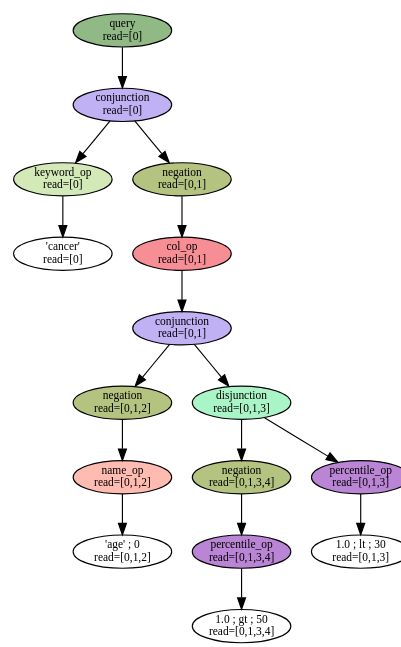
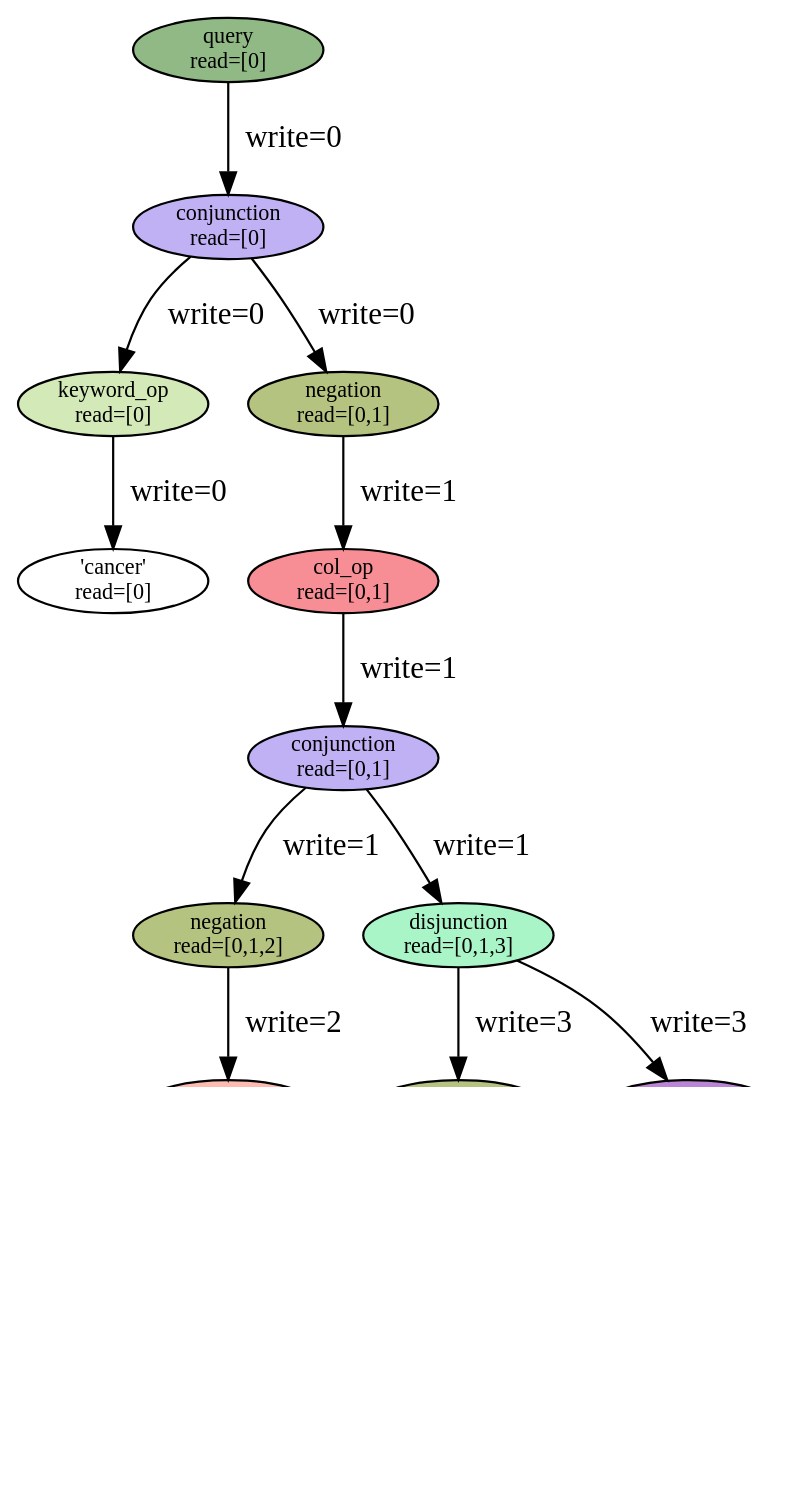
Before and after one commit to leonardgeissler/fainder-demo: the diagram in analysis/visualize_trees/edited_trees/parse_tree_query_justifying_column_node_rule_with_leaves.dot, drawn with Graphviz. The commit also changed 2 other files, not shown here.

```diff
--- a/analysis/visualize_trees/edited_trees/parse_tree_query_justifying_column_node_rule_with_leaves.dot
+++ b/analysis/visualize_trees/edited_trees/parse_tree_query_justifying_column_node_rule_with_leaves.dot
@@ -1,37 +1,36 @@
 digraph G {
 rankdir=TB;
 dpi=100;
-size="8,4";
 node [shape=oval, width=1.2, height=0.4, fixedsize=true, fontsize=10];
 0 [label="'cancer' \nread=[0]", shape=oval, width=1.2, height=0.4, fixedsize=true, fontsize=10];
 1 [style=filled, fillcolor="#d3e9b7", label="keyword_op\nread=[0]", shape=oval, width=1.2, height=0.4, fixedsize=true, fontsize=10];
-1 -> 0;
+1 -> 0 [label="write=0"];
 2 [label="'age' ; 0 \n read=[0,1,2]", shape=oval, width=1.2, height=0.4, fixedsize=true, fontsize=10];
 3 [style=filled, fillcolor="#febbb1", label="name_op\nread=[0,1,2]", shape=oval, width=1.2, height=0.4, fixedsize=true, fontsize=10];
-3 -> 2;
+3 -> 2 [label="write=2"];
 4 [style=filled, fillcolor="#b5c381", label="negation\nread=[0,1,2]", shape=oval, width=1.2, height=0.4, fixedsize=true, fontsize=10];
-4 -> 3;
+4 -> 3 [label="write=2"];
 5 [label="1.0 ; gt ; 50 \nread=[0,1,3,4]", shape=oval, width=1.2, height=0.4, fixedsize=true, fontsize=10];
 6 [style=filled, fillcolor="#bb85d5", label="percentile_op\nread=[0,1,3,4]", shape=oval, width=1.2, height=0.4, fixedsize=true, fontsize=10];
-6 -> 5;
+6 -> 5 [label="write=4"];
 7 [style=filled, fillcolor="#b5c381", label="negation\nread=[0,1,3,4]", shape=oval, width=1.2, height=0.4, fixedsize=true, fontsize=10];
-7 -> 6;
+7 -> 6 [label="write=4"];
 8 [label="1.0 ; lt ; 30 \nread=[0,1,3]", shape=oval, width=1.2, height=0.4, fixedsize=true, fontsize=10];
 9 [style=filled, fillcolor="#bb85d5", label="percentile_op\nread=[0,1,3]", shape=oval, width=1.2, height=0.4, fixedsize=true, fontsize=10];
-9 -> 8;
+9 -> 8 [label="write=3"];
 10 [style=filled, fillcolor="#aaf5c8", label="disjunction\nread=[0,1,3]", shape=oval, width=1.2, height=0.4, fixedsize=true, fontsize=10];
-10 -> 7;
-10 -> 9;
+10 -> 7 [label="write=3"];
+10 -> 9 [label="write=3"];
 11 [style=filled, fillcolor="#c0b1f5", label="conjunction\nread=[0,1]", shape=oval, width=1.2, height=0.4, fixedsize=true, fontsize=10];
-11 -> 4;
-11 -> 10;
+11 -> 4 [label="write=1"];
+11 -> 10 [label="write=1"];
 12 [style=filled, fillcolor="#f78e95", label="col_op\nread=[0,1]", shape=oval, width=1.2, height=0.4, fixedsize=true, fontsize=10];
-12 -> 11;
+12 -> 11 [label="write=1"];
 13 [style=filled, fillcolor="#b5c381", label="negation\nread=[0,1]", shape=oval, width=1.2, height=0.4, fixedsize=true, fontsize=10];
-13 -> 12;
+13 -> 12 [label="write=1"];
 14 [style=filled, fillcolor="#c0b1f5", label="conjunction\nread=[0]", shape=oval, width=1.2, height=0.4, fixedsize=true, fontsize=10];
-14 -> 1;
-14 -> 13;
+14 -> 1 [label="write=0"];
+14 -> 13 [label="write=0"];
 15 [style=filled, fillcolor="#90b986", label="query\nread=[0]", shape=oval, width=1.2, height=0.4, fixedsize=true, fontsize=10];
-15 -> 14;
+15 -> 14 [label="write=0"];
 }
```
